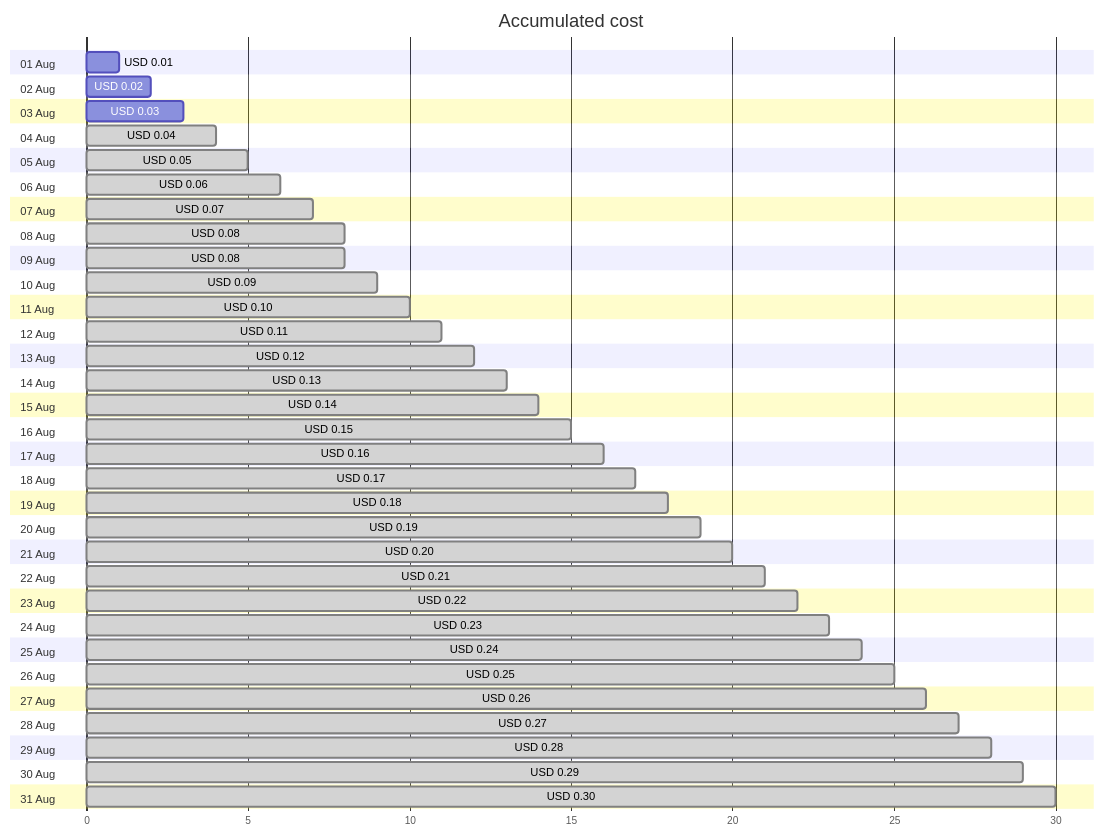
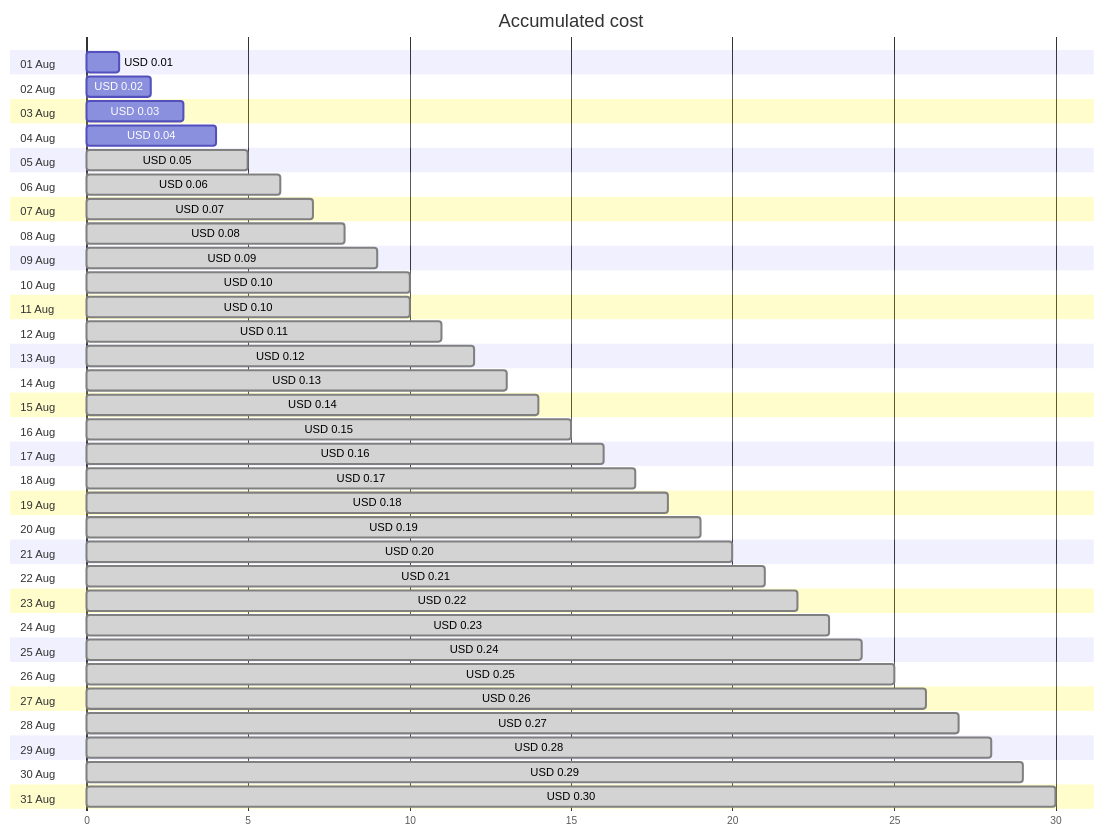
Before and after one commit to jpfulton/azure-personal-reports: the first of 4 diagrams in cost-reports/cloud-shell-storage-eastus/README.md, drawn with Mermaid. The commit also changed other lines of this file and 1 other file, not shown here.

````diff
--- a/cost-reports/cloud-shell-storage-eastus/README.md
+++ b/cost-reports/cloud-shell-storage-eastus/README.md
@@ -20,68 +20,68 @@
 ```mermaid
 gantt
    title Accumulated cost
    dateFormat  X
    axisFormat %s
    section 01 Aug
    USD 0.01 :0, 1
    section 02 Aug
    USD 0.02 :0, 2
    section 03 Aug
    USD 0.03 :0, 3
    section 04 Aug
-   USD 0.04 : done, 0, 4
+   USD 0.04 :0, 4
    section 05 Aug
    USD 0.05 : done, 0, 5
    section 06 Aug
    USD 0.06 : done, 0, 6
    section 07 Aug
    USD 0.07 : done, 0, 7
    section 08 Aug
    USD 0.08 : done, 0, 8
    section 09 Aug
-   USD 0.08 : done, 0, 8
+   USD 0.09 : done, 0, 9
    section 10 Aug
-   USD 0.09 : done, 0, 9
+   USD 0.10 : done, 0, 10
    section 11 Aug
    USD 0.10 : done, 0, 10
    section 12 Aug
    USD 0.11 : done, 0, 11
    section 13 Aug
    USD 0.12 : done, 0, 12
    section 14 Aug
    USD 0.13 : done, 0, 13
    section 15 Aug
    USD 0.14 : done, 0, 14
    section 16 Aug
    USD 0.15 : done, 0, 15
    section 17 Aug
    USD 0.16 : done, 0, 16
    section 18 Aug
    USD 0.17 : done, 0, 17
    section 19 Aug
    USD 0.18 : done, 0, 18
    section 20 Aug
    USD 0.19 : done, 0, 19
    section 21 Aug
    USD 0.20 : done, 0, 20
    section 22 Aug
    USD 0.21 : done, 0, 21
    section 23 Aug
    USD 0.22 : done, 0, 22
    section 24 Aug
    USD 0.23 : done, 0, 23
    section 25 Aug
    USD 0.24 : done, 0, 24
    section 26 Aug
    USD 0.25 : done, 0, 25
    section 27 Aug
    USD 0.26 : done, 0, 26
    section 28 Aug
    USD 0.27 : done, 0, 27
    section 29 Aug
    USD 0.28 : done, 0, 28
    section 30 Aug
    USD 0.29 : done, 0, 29
    section 31 Aug
    USD 0.30 : done, 0, 30
 ```
````
